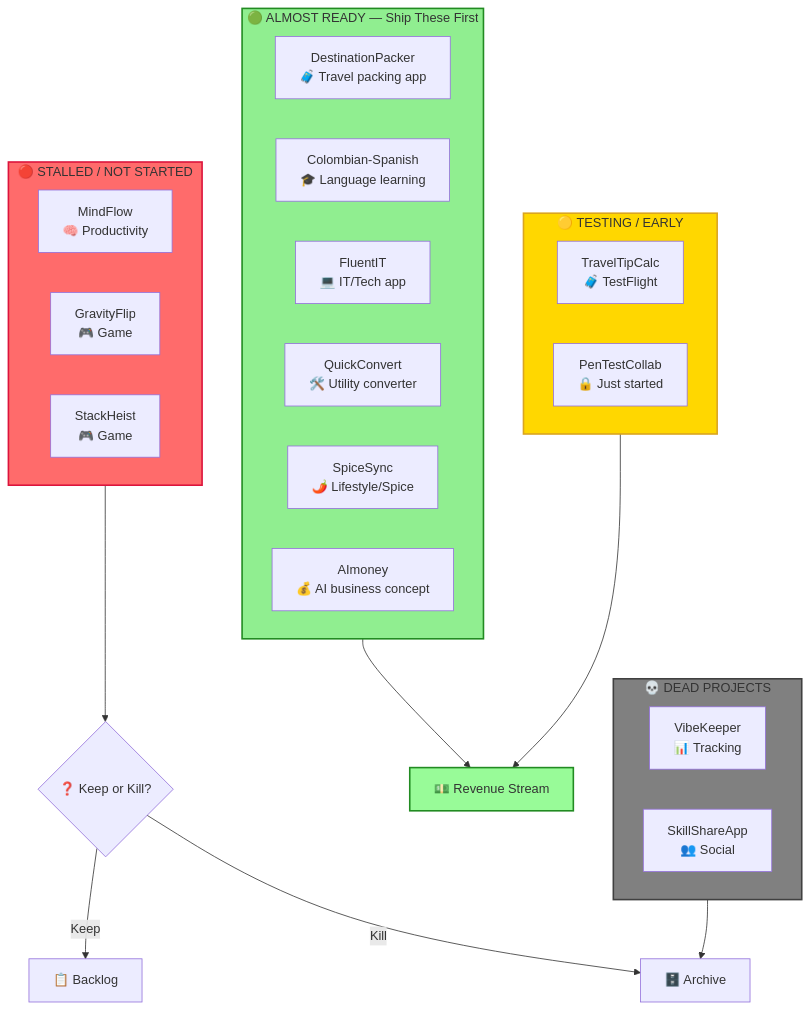
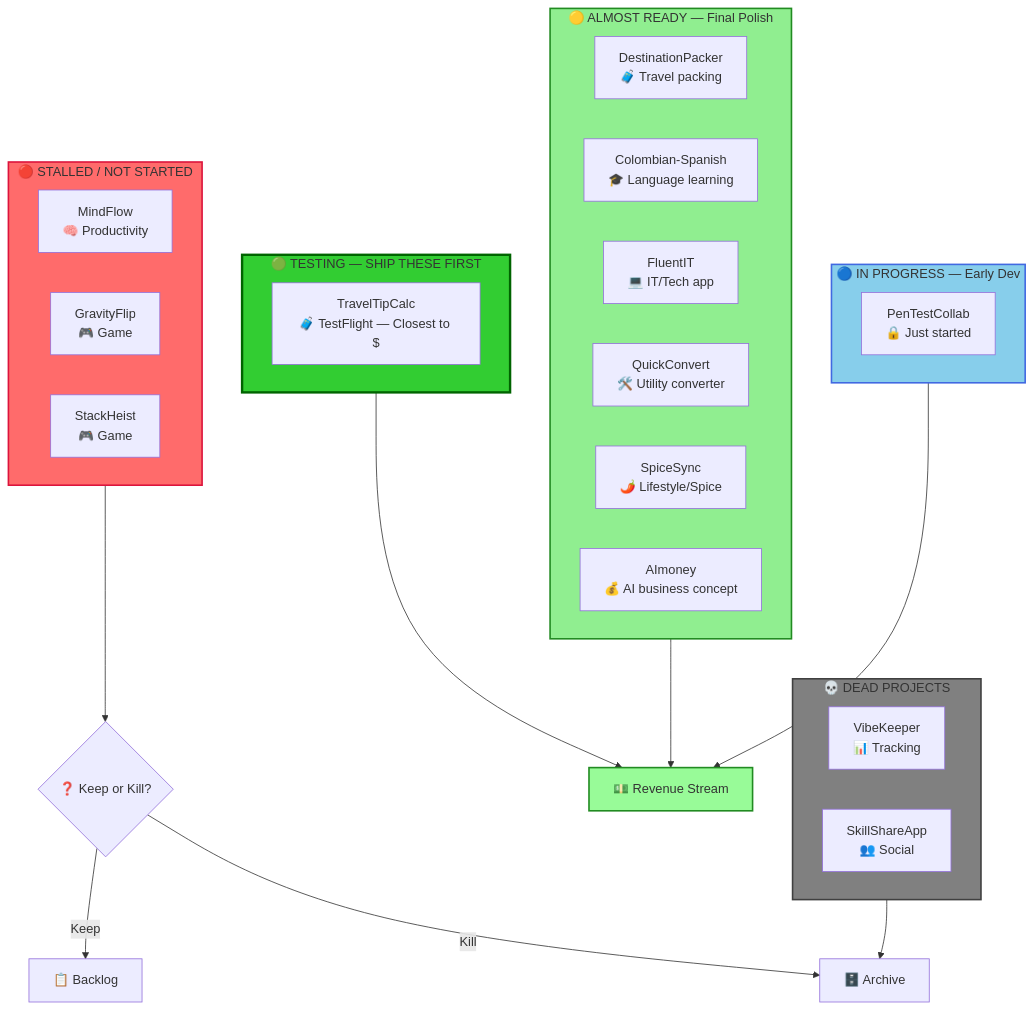
Before and after one commit to mikepitts25/VibeKeeper: the second of 5 diagrams in projects-visual-tree.md, drawn with Mermaid. The commit also changed other lines of this file and 1 other file, not shown here.

First line of the commit message:
Update: TravelTipCalc promoted to TESTING — Ship First

````diff
--- a/projects-visual-tree.md
+++ b/projects-visual-tree.md
@@ -38,40 +40,45 @@
 ```mermaid
 flowchart TD
-    subgraph ALMOST["🟢 ALMOST READY — Ship These First"]
-        DP[DestinationPacker<br/>🧳 Travel packing app]
+    subgraph TESTING["🟢 TESTING — SHIP THESE FIRST"]
+        TTC[TravelTipCalc<br/>🧳 TestFlight — Closest to $]
+    end
+
+    subgraph ALMOST["🟡 ALMOST READY — Final Polish"]
+        DP[DestinationPacker<br/>🧳 Travel packing]
         CS[Colombian-Spanish<br/>🎓 Language learning]
         FI[FluentIT<br/>💻 IT/Tech app]
         QC[QuickConvert<br/>🛠️ Utility converter]
         SS[SpiceSync<br/>🌶️ Lifestyle/Spice]
         AM[AImoney<br/>💰 AI business concept]
     end
 
-    subgraph TEST["🟡 TESTING / EARLY"]
-        TTC[TravelTipCalc<br/>🧳 TestFlight]
+    subgraph PROGRESS["🔵 IN PROGRESS — Early Dev"]
         PTC[PenTestCollab<br/>🔒 Just started]
     end
 
     subgraph STALLED["🔴 STALLED / NOT STARTED"]
         MF[MindFlow<br/>🧠 Productivity]
         GF[GravityFlip<br/>🎮 Game]
         SH[StackHeist<br/>🎮 Game]
     end
 
     subgraph DEAD["💀 DEAD PROJECTS"]
         VK[VibeKeeper<br/>📊 Tracking]
         SA[SkillShareApp<br/>👥 Social]
     end
 
-    ALMOST --> REVENUE["💵 Revenue Stream"]
-    TEST --> REVENUE
+    TESTING --> REVENUE["💵 Revenue Stream"]
+    ALMOST --> REVENUE
+    PROGRESS --> REVENUE
     STALLED --> DECIDE{"❓ Keep or Kill?"}
     DECIDE -- Keep --> BACKLOG["📋 Backlog"]
     DECIDE -- Kill --> ARCHIVE["🗄️ Archive"]
     DEAD --> ARCHIVE
 
+    style TESTING fill:#32CD32,stroke:#006400,stroke-width:3px
     style ALMOST fill:#90EE90,stroke:#228B22,stroke-width:2px
-    style TEST fill:#FFD700,stroke:#DAA520,stroke-width:2px
+    style PROGRESS fill:#87CEEB,stroke:#4169E1,stroke-width:2px
     style STALLED fill:#FF6B6B,stroke:#DC143C,stroke-width:2px
     style DEAD fill:#808080,stroke:#404040,stroke-width:2px
     style REVENUE fill:#98FB98,stroke:#228B22,stroke-width:2px
 ```
````
